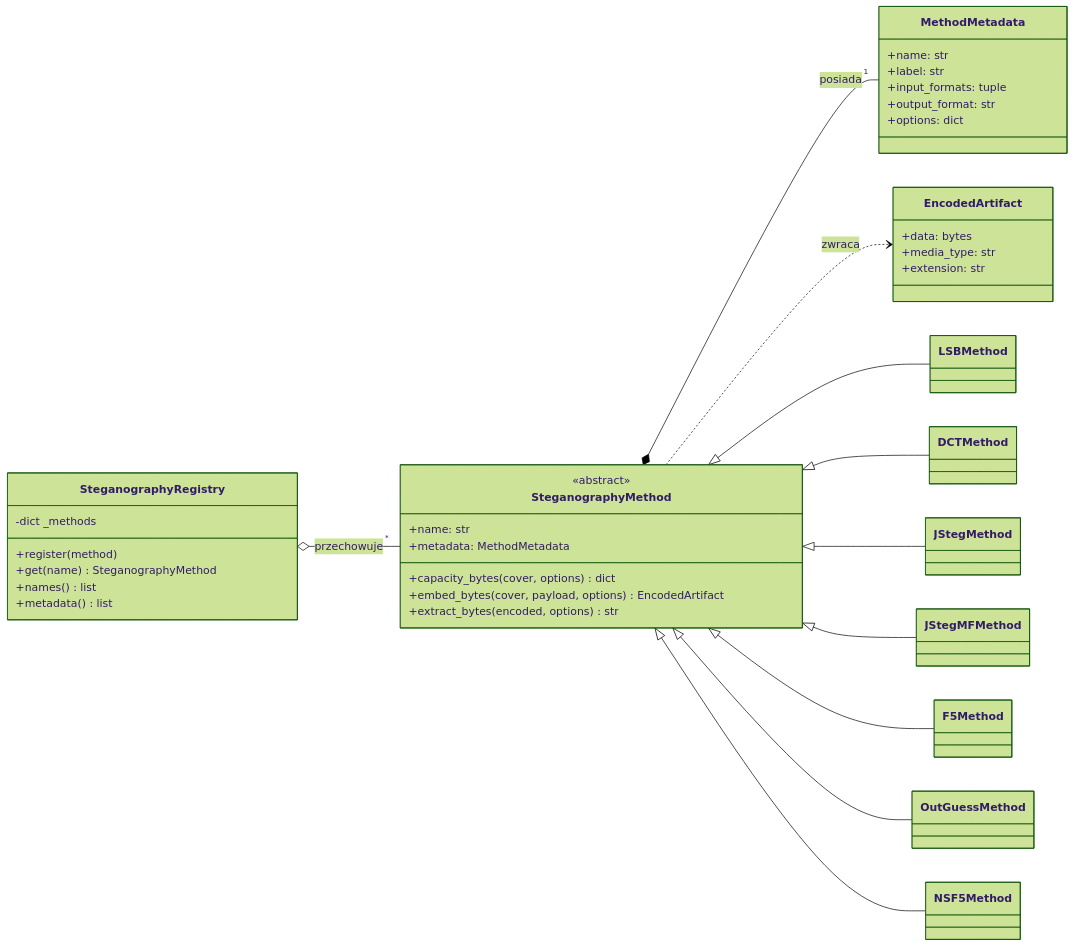
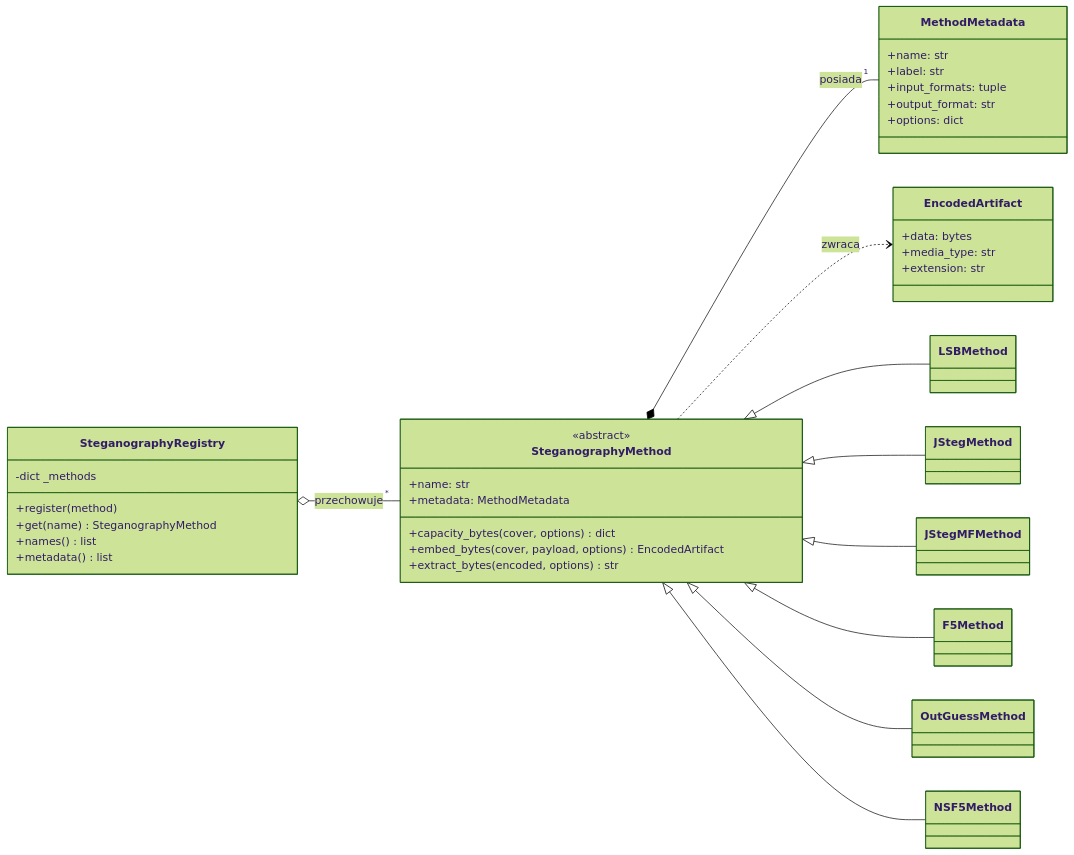
Before and after one commit to pieotr/steganografia: the first of 3 diagrams in docs/rejestr-metod.md, drawn with Mermaid (forest theme). The commit also changed 7 other files, not shown here.

````diff
--- a/docs/rejestr-metod.md
+++ b/docs/rejestr-metod.md
@@ -7,54 +7,52 @@
 ```mermaid
 classDiagram
     direction LR
 
     class SteganographyRegistry {
         -dict _methods
         +register(method)
         +get(name) SteganographyMethod
         +names() list
         +metadata() list
     }
 
     class SteganographyMethod {
         <<abstract>>
         +name: str
         +metadata: MethodMetadata
         +capacity_bytes(cover, options) dict
         +embed_bytes(cover, payload, options) EncodedArtifact
         +extract_bytes(encoded, options) str
     }
 
     class MethodMetadata {
         +name: str
         +label: str
         +input_formats: tuple
         +output_format: str
         +options: dict
     }
 
     class EncodedArtifact {
         +data: bytes
         +media_type: str
         +extension: str
     }
 
     class LSBMethod
-    class DCTMethod
     class JStegMethod
     class JStegMFMethod
     class F5Method
     class OutGuessMethod
     class NSF5Method
 
     SteganographyRegistry o-- "*" SteganographyMethod : przechowuje
     SteganographyMethod *-- "1" MethodMetadata : posiada
     SteganographyMethod ..> EncodedArtifact : zwraca
     SteganographyMethod <|-- LSBMethod
-    SteganographyMethod <|-- DCTMethod
     SteganographyMethod <|-- JStegMethod
     SteganographyMethod <|-- JStegMFMethod
     SteganographyMethod <|-- F5Method
     SteganographyMethod <|-- OutGuessMethod
     SteganographyMethod <|-- NSF5Method
 ```
````
